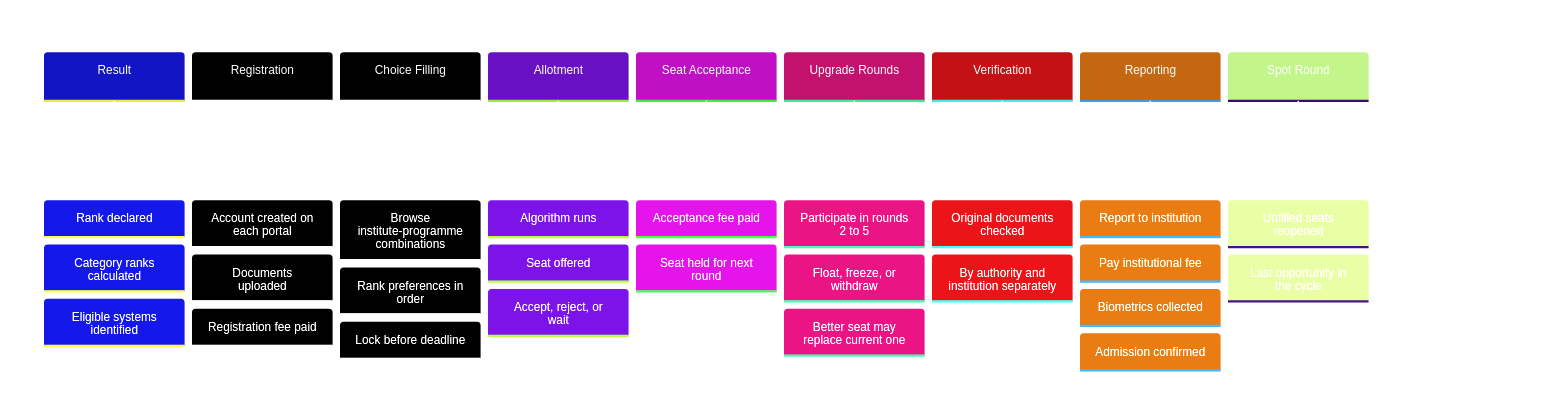
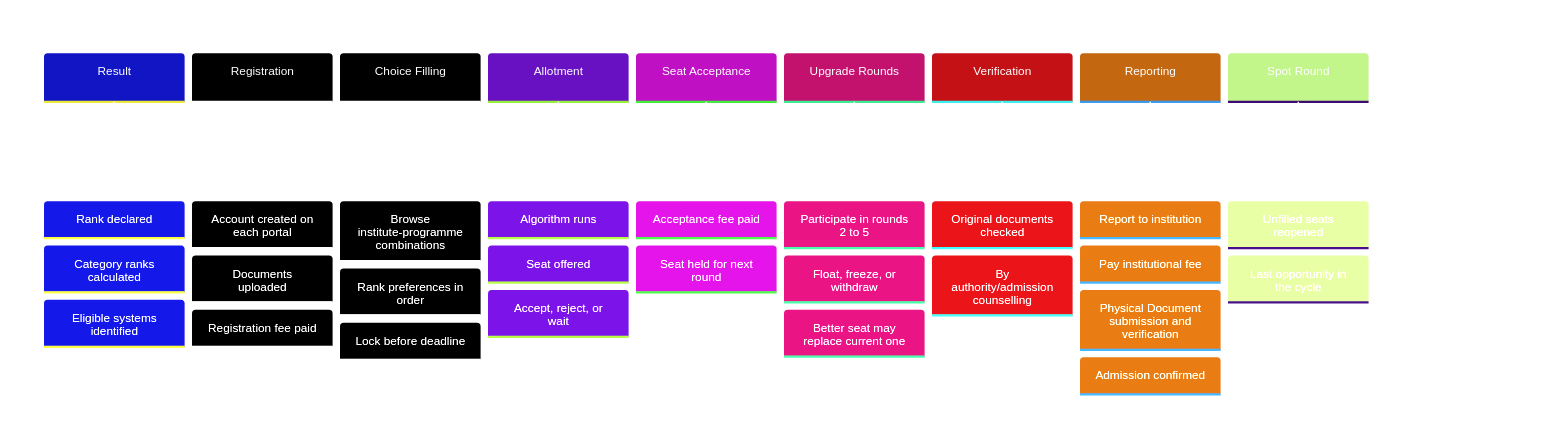
One commit to aashrutsharma2/docs changed the first of 2 diagrams in blueprint/admissions-landscape.mdx. Above: the diagram before and after it, drawn with Mermaid. The commit also changed other lines of this file, not shown here.

Commit message:
Update admissions landscape verification and reporting
Mintlify-Source: dashboard-editor

````diff
--- a/blueprint/admissions-landscape.mdx
+++ b/blueprint/admissions-landscape.mdx
@@ -41,56 +41,56 @@
 ```mermaid
 %%{init: {
   'theme': 'base',
   'themeVariables': {
     'primaryColor': '#6366f1',
     'primaryTextColor': '#ffffff',
     'primaryBorderColor': '#4f46e5',
     'lineColor': '#8b5cf6',
     'secondaryColor': '#1e1b4b',
     'tertiaryColor': '#0f172a',
     'background': 'transparent',
     'mainBkg': '#6366f1',
     'nodeBorder': '#4f46e5',
     'clusterBkg': '#1e1b4b',
     'titleColor': '#a5b4fc',
     'edgeLabelBackground': '#1e293b',
     'fontFamily': 'Inter, sans-serif'
   }
 }}%%
 timeline
     title From Exam Result to Confirmed Seat
 
     Result         : Rank declared
                    : Category ranks calculated
                    : Eligible systems identified
 
     Registration   : Account created on each portal
                    : Documents uploaded
                    : Registration fee paid
 
     Choice Filling : Browse institute-programme combinations
                    : Rank preferences in order
                    : Lock before deadline
 
     Allotment      : Algorithm runs
                    : Seat offered
                    : Accept, reject, or wait
 
     Seat Acceptance : Acceptance fee paid
                     : Seat held for next round
 
     Upgrade Rounds  : Participate in rounds 2 to 5
                     : Float, freeze, or withdraw
                     : Better seat may replace current one
 
     Verification    : Original documents checked
-                    : By authority and institution separately
+                    : By authority/admission counselling
 
     Reporting       : Report to institution
                     : Pay institutional fee
-                    : Biometrics collected
+                    : Physical Document submission and verification
                     : Admission confirmed
 
     Spot Round      : Unfilled seats reopened
                     : Last opportunity in the cycle
 ```
````
